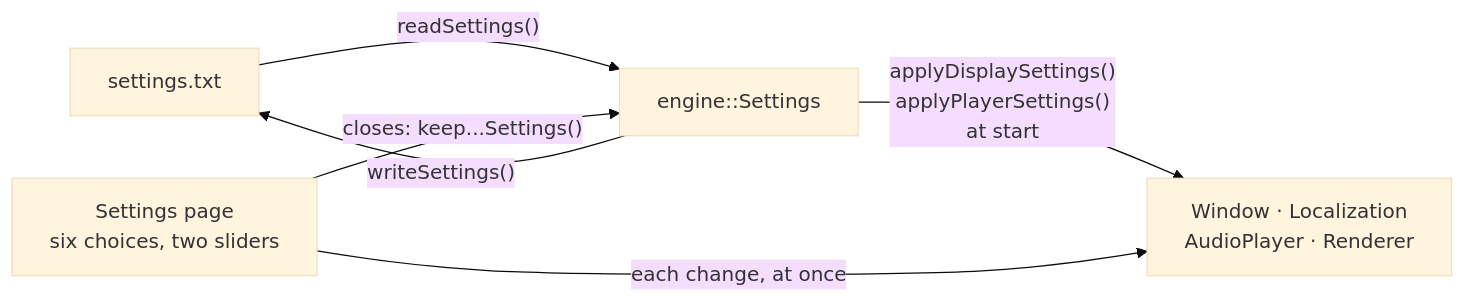
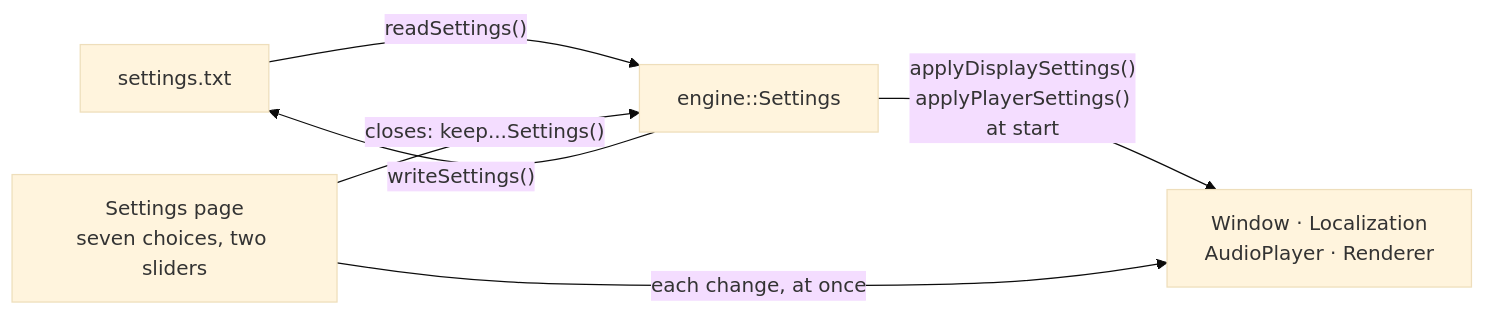
The diagram in docs/architecture/settings.md (Akinator31/Rtype), drawn with Mermaid (base theme) before and after one commit. The commit also changed other lines of this file and 23 other files, not shown here.

````diff
--- a/docs/architecture/settings.md
+++ b/docs/architecture/settings.md
@@ -48,8 +51,8 @@
 ```mermaid
 flowchart LR
     File["settings.txt"] -- "readSettings()" --> Settings["engine::Settings"]
     Settings -- "applyDisplaySettings()<br/>applyPlayerSettings()<br/>at start" --> Apply["Window · Localization<br/>AudioPlayer · Renderer"]
-    Page["Settings page<br/>six choices, two sliders"] -- "each change, at once" --> Apply
+    Page["Settings page<br/>seven choices, two sliders"] -- "each change, at once" --> Apply
     Page -- "closes: keep...Settings()" --> Settings
     Settings -- "writeSettings()" --> File
 ```
````
